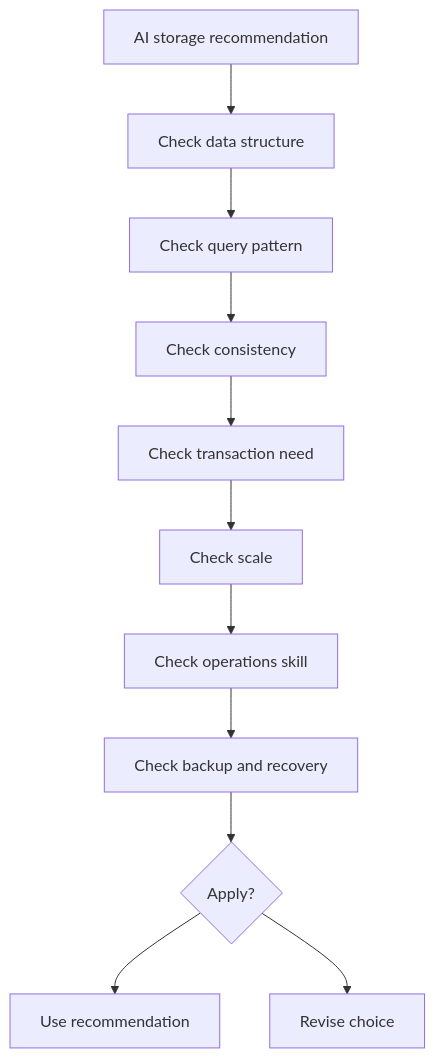
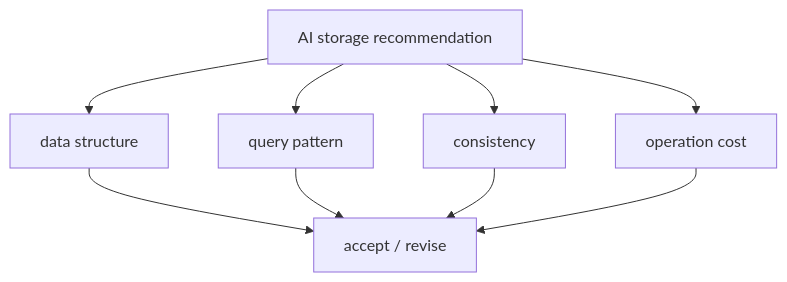
The diagram in images/chapter12/ch12_08_ai_nosql_choice_review.mmd (GilbertMoon/ai-database-book), drawn with Mermaid before and after one commit. The commit also changed 79 other files, not shown here.

Commit message:
Revise Chapters 12, 14, and 15 content and diagrams

```diff
--- a/images/chapter12/ch12_08_ai_nosql_choice_review.mmd
+++ b/images/chapter12/ch12_08_ai_nosql_choice_review.mmd
@@ -1,11 +1,9 @@
-flowchart TD
-    A[AI storage recommendation] --> B[Check data structure]
-    B --> C[Check query pattern]
-    C --> D[Check consistency]
-    D --> E[Check transaction need]
-    E --> F[Check scale]
-    F --> G[Check operations skill]
-    G --> H[Check backup and recovery]
-    H --> I{Apply?}
-    I --> J[Use recommendation]
-    I --> K[Revise choice]
+flowchart TB
+    A[AI storage recommendation] --> B[data structure]
+    A --> C[query pattern]
+    A --> D[consistency]
+    A --> E[operation cost]
+    B --> F[accept / revise]
+    C --> F
+    D --> F
+    E --> F
```
